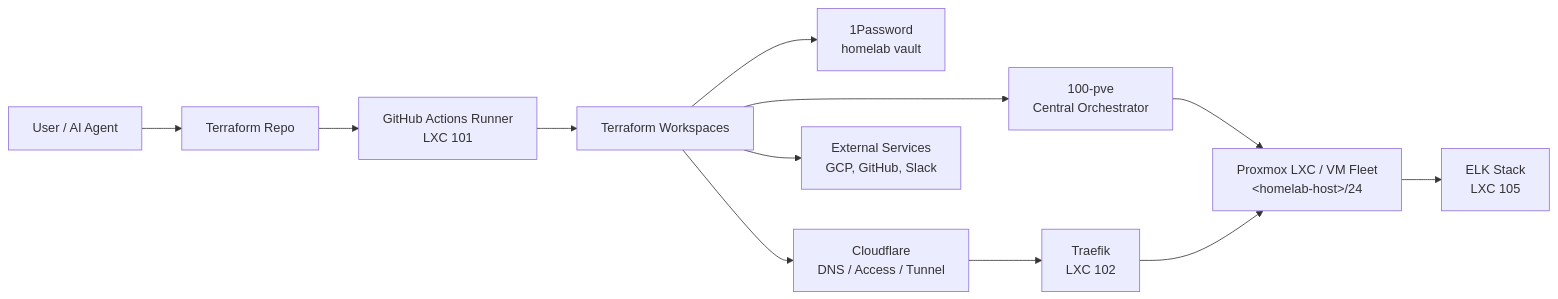
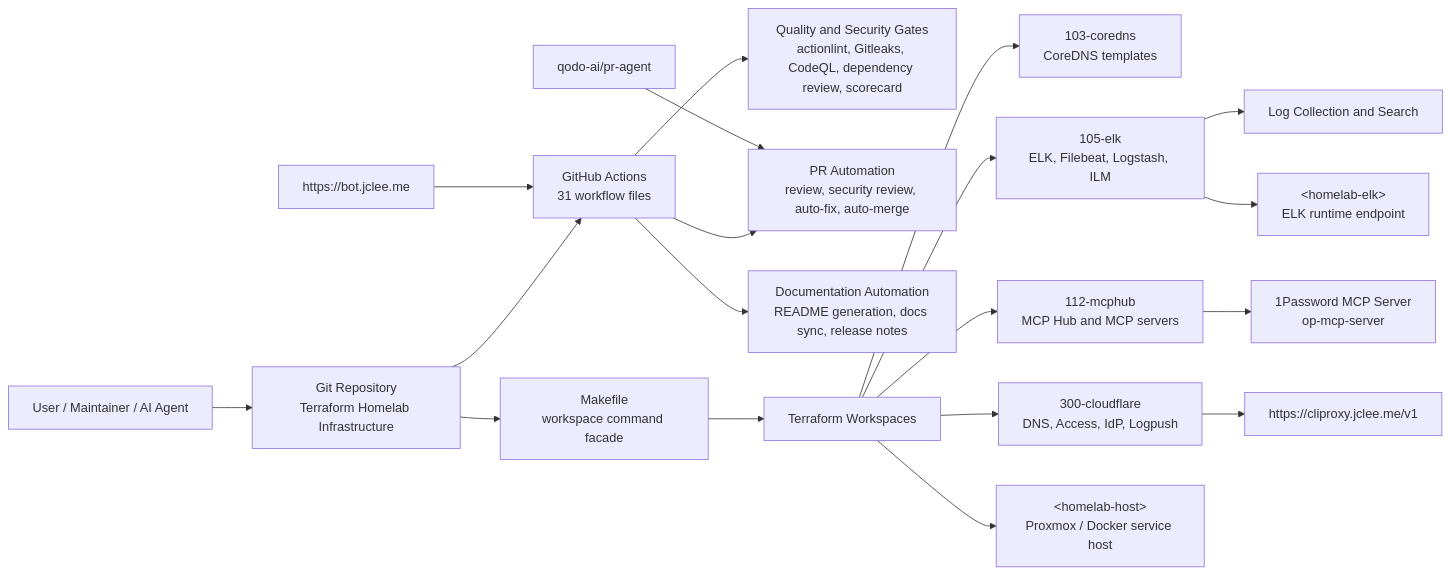
The first of 2 diagrams in README.md (jclee941/terraform), drawn with Mermaid before and after one commit. The commit also changed other lines of this file, not shown here.

Commit message:
docs: auto-update README.md

````diff
--- a/README.md
+++ b/README.md
@@ -61,14 +78,24 @@
 ```mermaid
 flowchart LR
-    Agent["User / AI Agent"] --> Repo["Terraform Repo"]
-    Repo --> CI["GitHub Actions Runner<br/>LXC 101"]
-    CI --> TF["Terraform Workspaces"]
-    TF --> PVE["100-pve<br/>Central Orchestrator"]
-    PVE --> Fleet["Proxmox LXC / VM Fleet<br/>&lt;homelab-host&gt;/24"]
-    TF --> OP["1Password<br/>homelab vault"]
-    TF --> CF["Cloudflare<br/>DNS / Access / Tunnel"]
-    Fleet --> ELK["ELK Stack<br/>LXC 105"]
-    CF --> Traefik["Traefik<br/>LXC 102"]
-    Traefik --> Fleet
-    TF --> Ext["External Services<br/>GCP, GitHub, Slack"]
+  User["User / Maintainer / AI Agent"] --> Repo["Git Repository<br/>Terraform Homelab Infrastructure"]
+  Repo --> Actions["GitHub Actions<br/>31 workflow files"]
+  Actions --> Checks["Quality and Security Gates<br/>actionlint, Gitleaks, CodeQL, dependency review, scorecard"]
+  Actions --> PRAuto["PR Automation<br/>review, security review, auto-fix, auto-merge"]
+  Actions --> Docs["Documentation Automation<br/>README generation, docs sync, release notes"]
+
+  Repo --> Make["Makefile<br/>workspace command facade"]
+  Make --> Terraform["Terraform Workspaces"]
+  Terraform --> CoreDNS["103-coredns<br/>CoreDNS templates"]
+  Terraform --> ELK["105-elk<br/>ELK, Filebeat, Logstash, ILM"]
+  Terraform --> MCPHub["112-mcphub<br/>MCP Hub and MCP servers"]
+  Terraform --> Cloudflare["300-cloudflare<br/>DNS, Access, IdP, Logpush"]
+
+  ELK --> Logs["Log Collection and Search"]
+  MCPHub --> OnePasswordMCP["1Password MCP Server<br/>op-mcp-server"]
+  Cloudflare --> PublicEndpoint["https://cliproxy.jclee.me/v1"]
+  Terraform --> HomelabHost["&lt;homelab-host&gt;<br/>Proxmox / Docker service host"]
+  ELK --> HomelabELK["&lt;homelab-elk&gt;<br/>ELK runtime endpoint"]
+
+  Bot["https://bot.jclee.me"] --> Actions
+  Qodo["qodo-ai/pr-agent"] --> PRAuto
 ```
````
